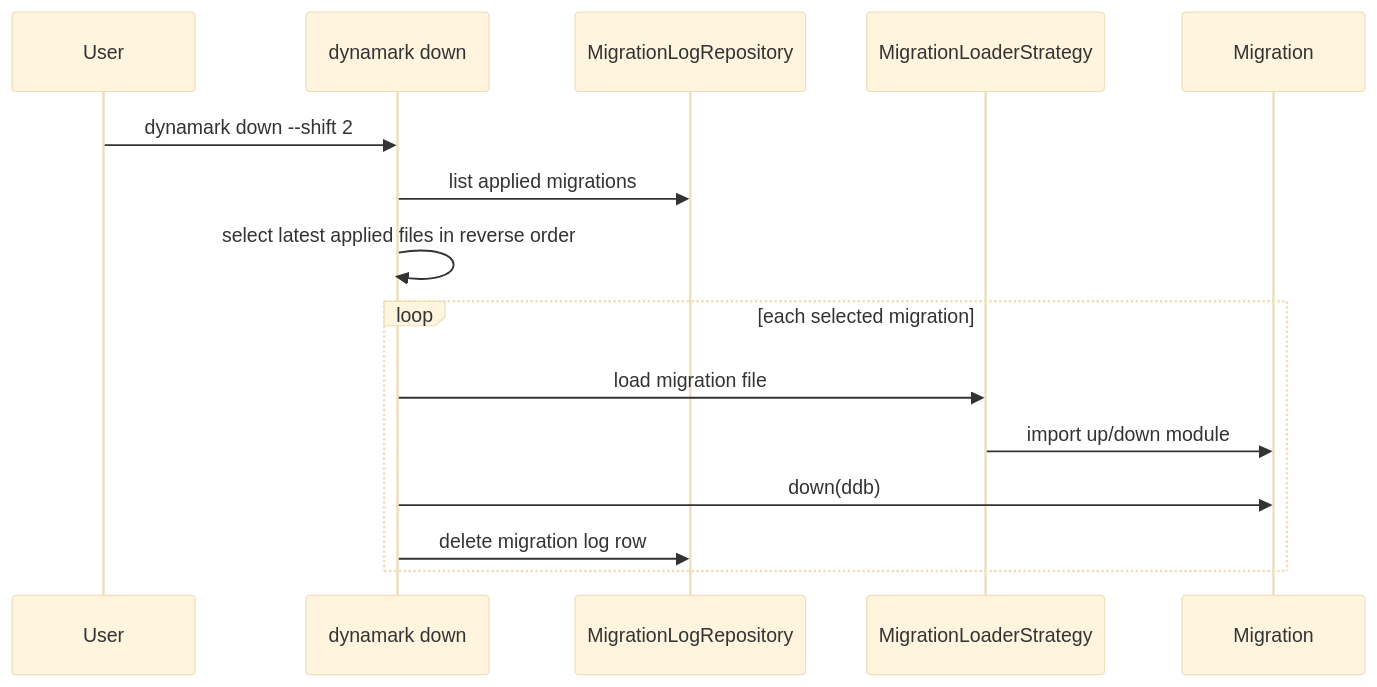
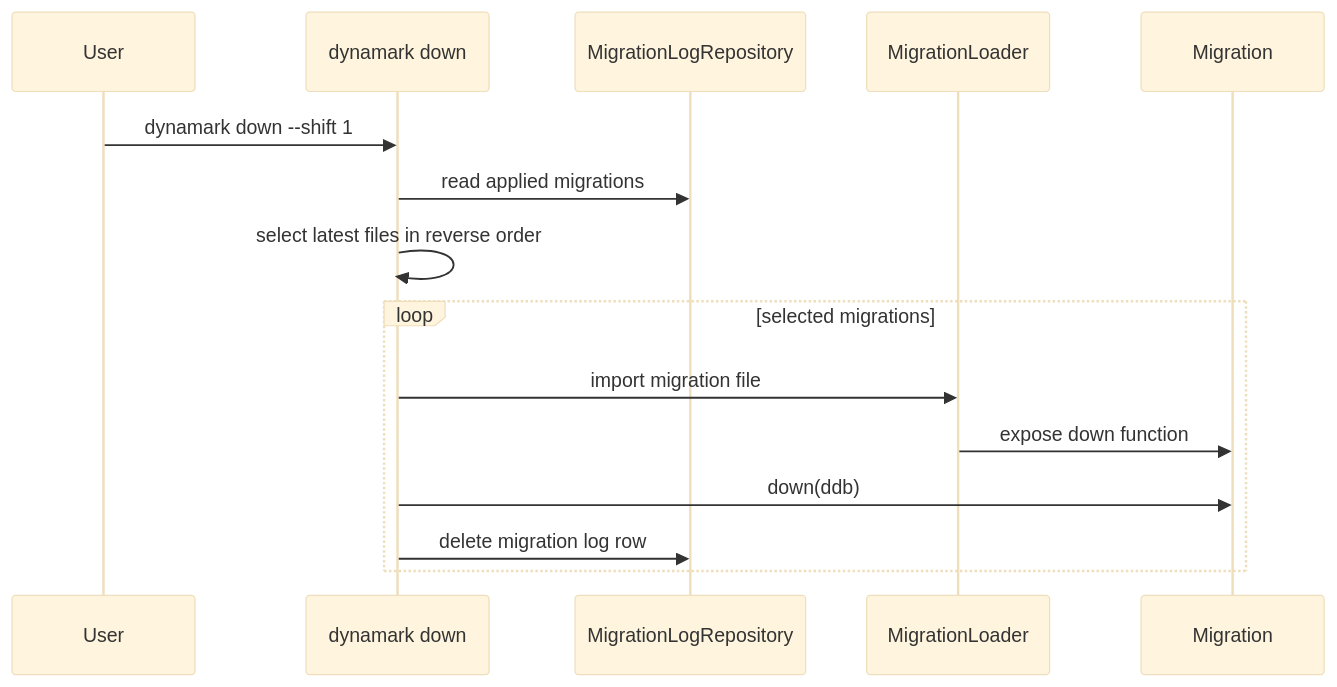
The third of 4 diagrams in docs/architecture.md (Gizmodlabs/dynamark), drawn with Mermaid (base theme) before and after one commit. The commit also changed other lines of this file and 25 other files, not shown here.

````diff
--- a/docs/architecture.md
+++ b/docs/architecture.md
@@ -90,18 +63,18 @@
 ```mermaid
 sequenceDiagram
   participant User
   participant CLI as dynamark down
   participant Repo as MigrationLogRepository
-  participant Loader as MigrationLoaderStrategy
+  participant Loader as MigrationLoader
   participant Migration
 
-  User->>CLI: dynamark down --shift 2
-  CLI->>Repo: list applied migrations
-  CLI->>CLI: select latest applied files in reverse order
-  loop each selected migration
-    CLI->>Loader: load migration file
-    Loader->>Migration: import up/down module
+  User->>CLI: dynamark down --shift 1
+  CLI->>Repo: read applied migrations
+  CLI->>CLI: select latest files in reverse order
+  loop selected migrations
+    CLI->>Loader: import migration file
+    Loader->>Migration: expose down function
     CLI->>Migration: down(ddb)
     CLI->>Repo: delete migration log row
   end
 ```
````
